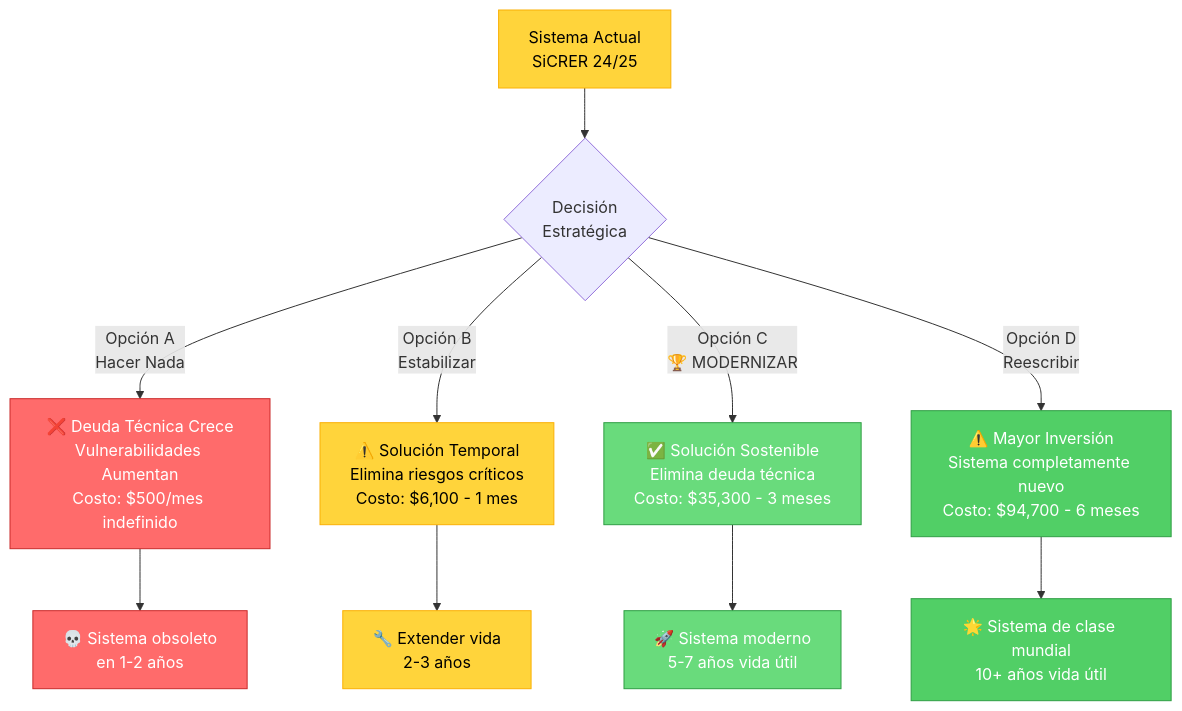
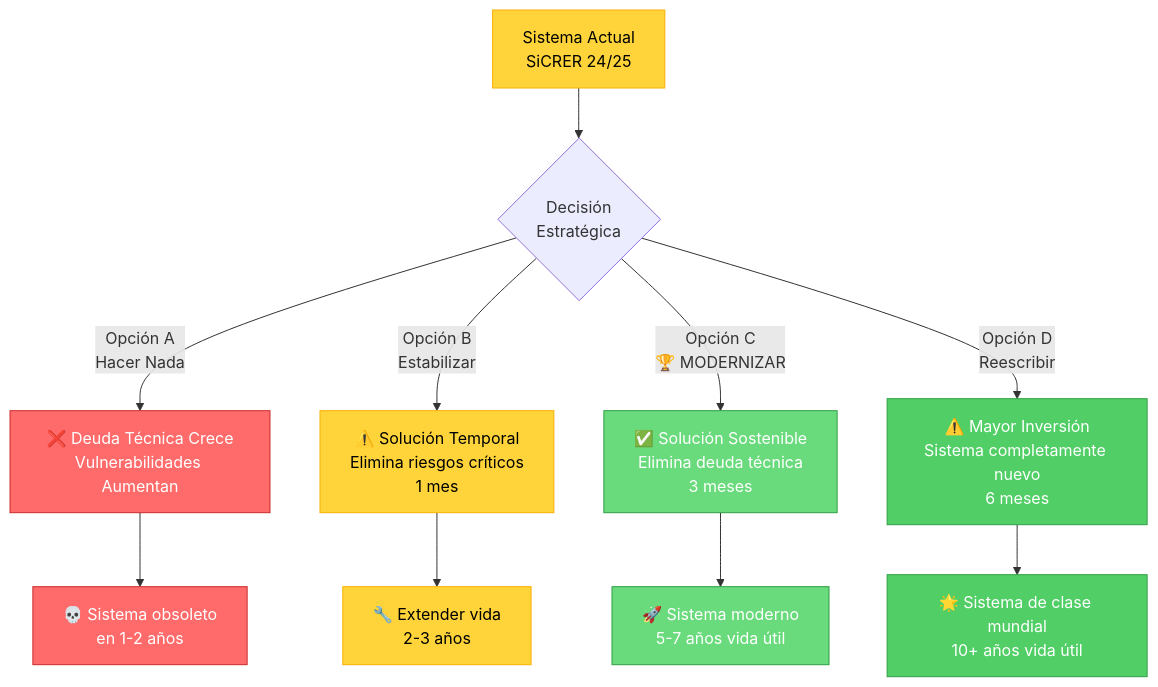
Diagram 16 of 16 in DASHBOARD_VISUAL.md (dleonsystem/sep_evaluacion_diagnostica), drawn with Mermaid before and after one commit.

Commit message:
Actualizar opciones de decisión estratégica en el diagrama de flujo del documento DASHBOARD VISUAL

````diff
--- a/DASHBOARD_VISUAL.md
+++ b/DASHBOARD_VISUAL.md
@@ -592,27 +592,27 @@
 ```mermaid
 graph TD
     A[Sistema Actual<br/>SiCRER 24/25] --> B{Decisión<br/>Estratégica}
     
-    B -->|Opción A<br/>Hacer Nada| C[❌ Deuda Técnica Crece<br/>Vulnerabilidades Aumentan<br/>Costo: $500/mes indefinido]
+    B -->|Opción A<br/>Hacer Nada| C[❌ Deuda Técnica Crece<br/>Vulnerabilidades Aumentan<br/>]
     
-    B -->|Opción B<br/>Estabilizar| D[⚠️ Solución Temporal<br/>Elimina riesgos críticos<br/>Costo: $6,100 - 1 mes]
+    B -->|Opción B<br/>Estabilizar| D[⚠️ Solución Temporal<br/>Elimina riesgos críticos<br/>1 mes]
     
-    B -->|Opción C<br/>🏆 MODERNIZAR| E[✅ Solución Sostenible<br/>Elimina deuda técnica<br/>Costo: $35,300 - 3 meses]
+    B -->|Opción C<br/>🏆 MODERNIZAR| E[✅ Solución Sostenible<br/>Elimina deuda técnica<br/>3 meses]
     
-    B -->|Opción D<br/>Reescribir| F[⚠️ Mayor Inversión<br/>Sistema completamente nuevo<br/>Costo: $94,700 - 6 meses]
+    B -->|Opción D<br/>Reescribir| F[⚠️ Mayor Inversión<br/>Sistema completamente nuevo<br/>6 meses]
     
     C --> G[💀 Sistema obsoleto<br/>en 1-2 años]
     D --> H[🔧 Extender vida<br/>2-3 años]
     E --> I[🚀 Sistema moderno<br/>5-7 años vida útil]
     F --> J[🌟 Sistema de clase mundial<br/>10+ años vida útil]
     
     style A fill:#ffd43b,stroke:#fab005,color:#000
     style C fill:#ff6b6b,stroke:#c92a2a,color:#fff
     style D fill:#ffd43b,stroke:#fab005,color:#000
     style E fill:#69db7c,stroke:#2f9e44,color:#fff
     style F fill:#51cf66,stroke:#2f9e44,color:#fff
     style G fill:#ff6b6b,stroke:#c92a2a,color:#fff
     style H fill:#ffd43b,stroke:#fab005,color:#000
     style I fill:#69db7c,stroke:#2f9e44,color:#fff
     style J fill:#51cf66,stroke:#2f9e44,color:#fff
 ```
````
